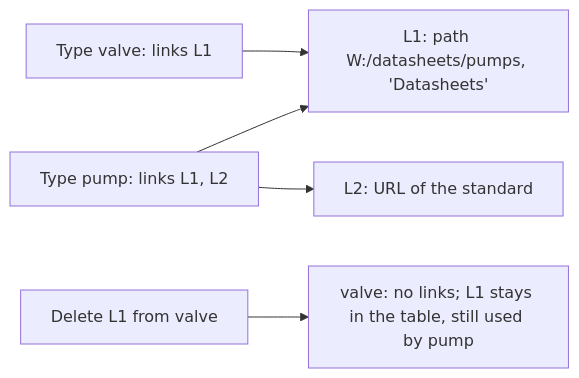
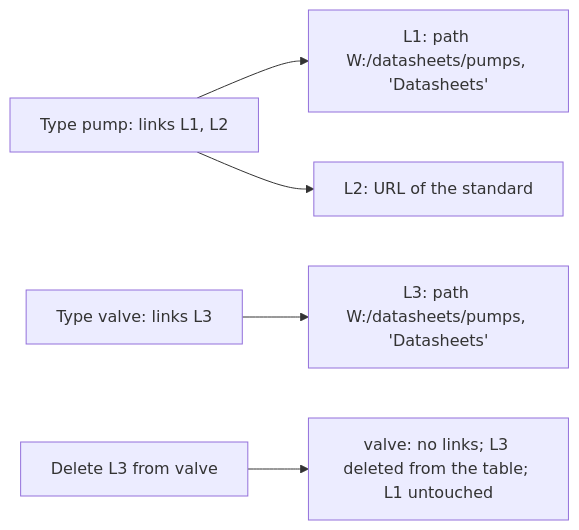
One commit to AlexandreGallais/synoptic-studio-spec changed the third of 3 diagrams in metadata/15-data-model.md. Above: the diagram before and after it, drawn with Mermaid. The commit also changed other lines of this file and 4 other files, not shown here.

First line of the commit message:
docs(metadata): settle links, enum item ids and unique type ids

````diff
--- a/metadata/15-data-model.md
+++ b/metadata/15-data-model.md
@@ -145,7 +147,7 @@
 ```mermaid
 flowchart LR
     T1["Type pump: links L1, L2"] --> L1["L1: path W:/datasheets/pumps, 'Datasheets'"]
     T1 --> L2["L2: URL of the standard"]
-    T2["Type valve: links L1"] --> L1
-    D["Delete L1 from valve"] --> R["valve: no links; L1 stays in the table, still used by pump"]
+    T2["Type valve: links L3"] --> L3["L3: path W:/datasheets/pumps, 'Datasheets'"]
+    D["Delete L3 from valve"] --> R["valve: no links; L3 deleted from the table; L1 untouched"]
 ```
````
